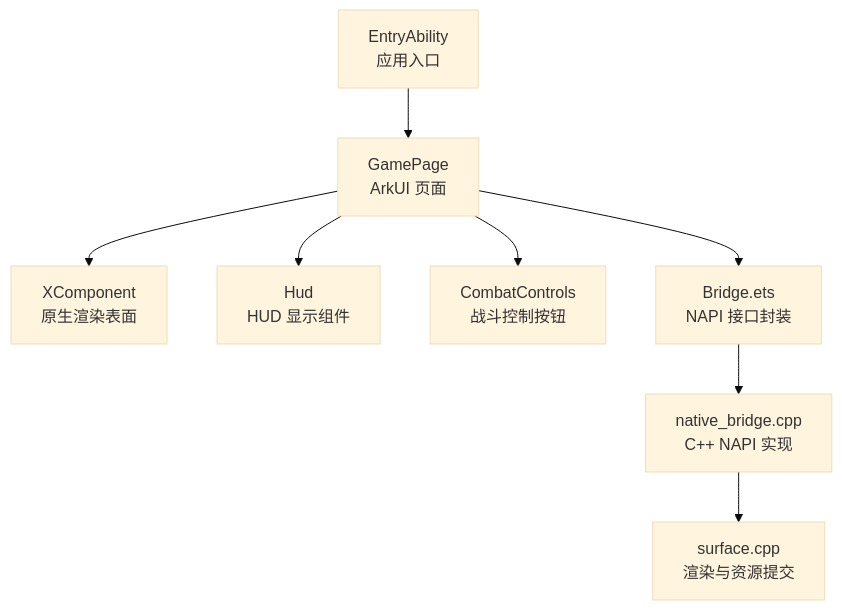
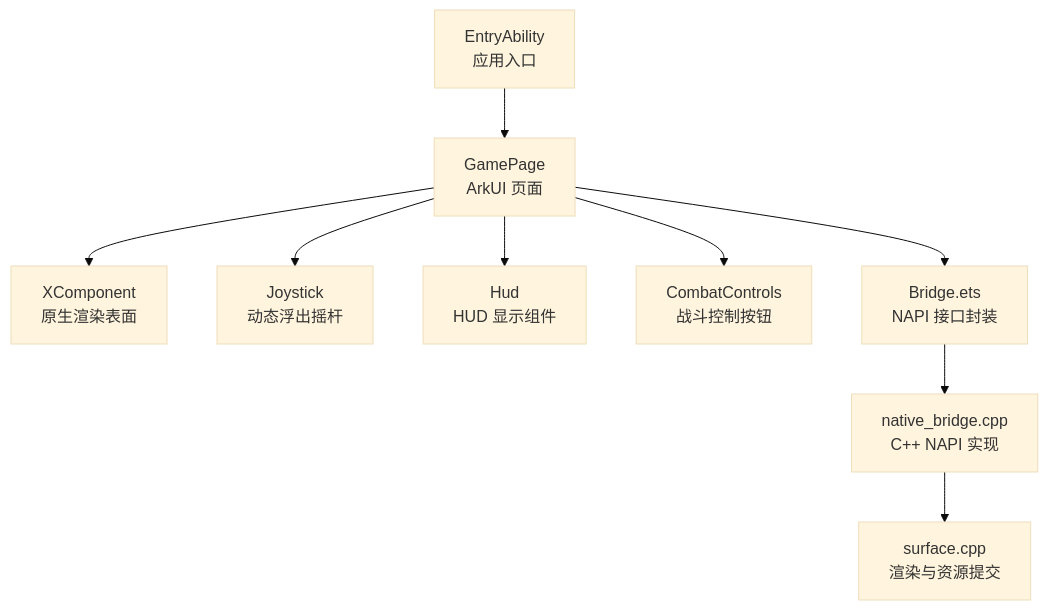
One commit to sj123sheng/my-world changed the first of 6 diagrams in .qoder/repowiki/zh/content/前端界面系统/主界面与页面管理.md. Above: the diagram before and after it, drawn with Mermaid (base theme). The commit also changed other lines of this file and 28 other files, not shown here.

````diff
--- a/.qoder/repowiki/zh/content/前端界面系统/主界面与页面管理.md
+++ b/.qoder/repowiki/zh/content/前端界面系统/主界面与页面管理.md
@@ -33,10 +44,11 @@
 ```mermaid
 graph TB
 A["EntryAbility<br/>应用入口"] --> B["GamePage<br/>ArkUI 页面"]
 B --> C["XComponent<br/>原生渲染表面"]
-B --> D["Hud<br/>HUD 显示组件"]
-B --> E["CombatControls<br/>战斗控制按钮"]
-B --> F["Bridge.ets<br/>NAPI 接口封装"]
-F --> G["native_bridge.cpp<br/>C++ NAPI 实现"]
-G --> H["surface.cpp<br/>渲染与资源提交"]
+B --> D["Joystick<br/>动态浮出摇杆"]
+B --> E["Hud<br/>HUD 显示组件"]
+B --> F["CombatControls<br/>战斗控制按钮"]
+B --> G["Bridge.ets<br/>NAPI 接口封装"]
+G --> H["native_bridge.cpp<br/>C++ NAPI 实现"]
+H --> I["surface.cpp<br/>渲染与资源提交"]
 ```
````
